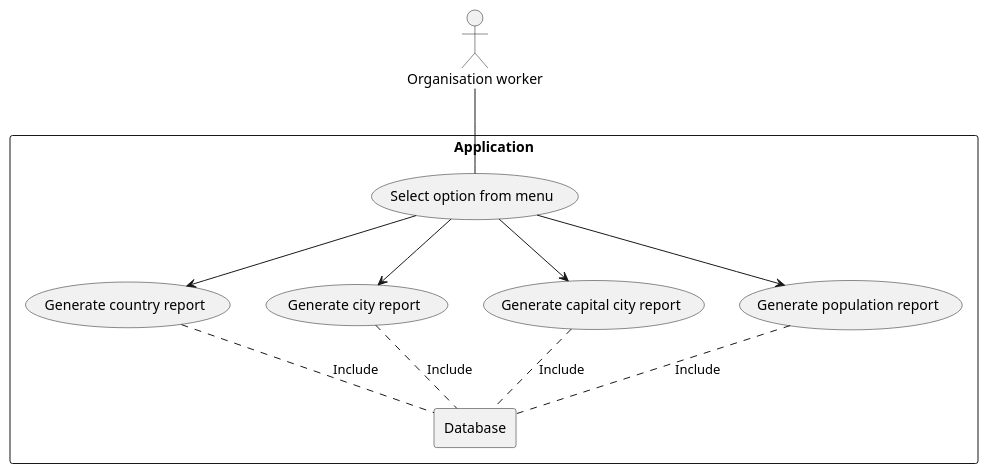
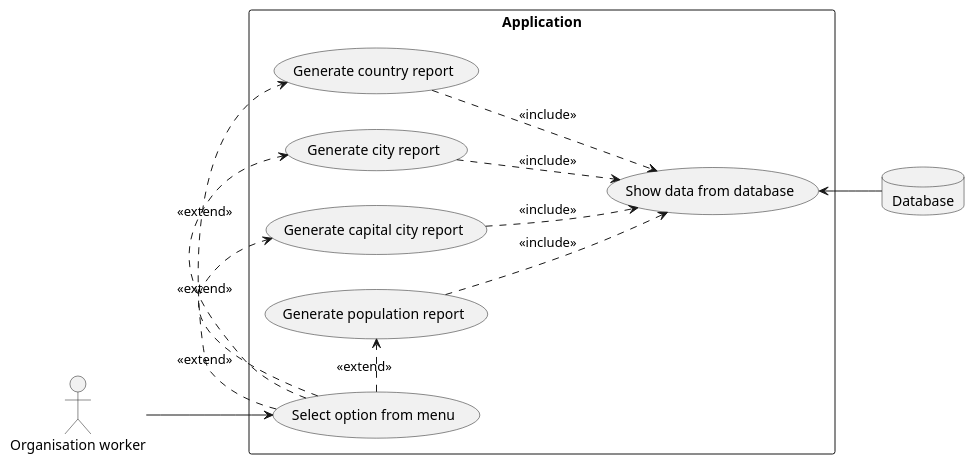
The diagram in Use-Cases/MainDiagram.puml (DevOps-Group-04/DevOpsOrg---G04), drawn with PlantUML before and after one commit. The commit also changed 1 other file, not shown here.

Commit message:
Refine use_case diagram and add screenshot

```diff
--- a/Use-Cases/MainDiagram.puml
+++ b/Use-Cases/MainDiagram.puml
@@ -1,27 +1,33 @@
 @startuml
-'https://plantuml.com/use-case-diagram
+!pragma useCaseDiagram true
+left to right direction
 
-actor user as "Organisation worker"
+actor "Organisation worker" as user
 
 rectangle "Application" {
     usecase menu as "Select option from menu"
     usecase country as "Generate country report"
     usecase city as "Generate city report"
     usecase capital as "Generate capital city report"
     usecase population as "Generate population report"
-
-    rectangle db as "Database"
+    usecase showdata as "Show data from database"
 }
 
-user -- menu
-menu --> country
-menu --> city
-menu --> capital
-menu --> population
+database "Database" as db
 
-country .. db : Include
-city .. db : Include
-capital .. db : Include
-population .. db : Include
+' Relationships
+user --> menu
+
+menu .> country : <<extend>>
+menu .> city : <<extend>>
+menu .> capital : <<extend>>
+menu .> population : <<extend>>
+
+country ..> showdata : <<include>>
+city ..> showdata : <<include>>
+capital ..> showdata : <<include>>
+population ..> showdata : <<include>>
+
+showdata <-- db
 
 @enduml
```
